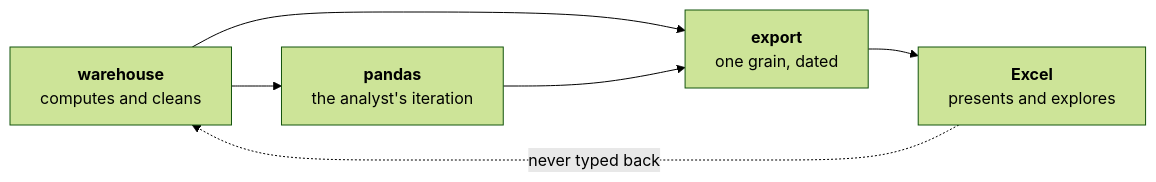
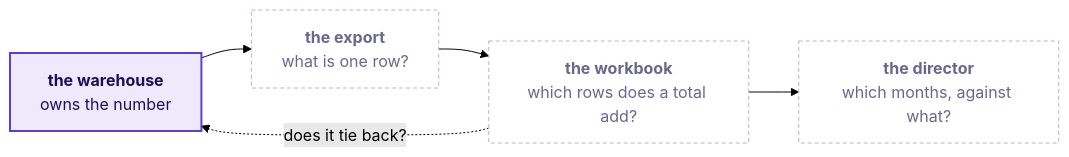
Before and after one commit to fde-academy-lab/c2-content-factory: the first of 26 diagrams in content/W02/D5/slides/C2_W02_D05_half1_STUDENT.md, drawn with Mermaid (forest theme). The commit also changed other lines of this file and 5 other files, not shown here.

````diff
--- a/content/W02/D5/slides/C2_W02_D05_half1_STUDENT.md
+++ b/content/W02/D5/slides/C2_W02_D05_half1_STUDENT.md
@@ -88,9 +65,11 @@
 ```mermaid
 flowchart LR
-    W["<b>warehouse</b><br/>computes and cleans"] --> P["<b>pandas</b><br/>the analyst's iteration"]
-    W --> X["<b>export</b><br/>one grain, dated"]
-    P --> X
-    X --> E["<b>Excel</b><br/>presents and explores"]
-    E -.->|"never typed back"| W
-    classDef bad fill:#FCEBF0,stroke:#D63A6A,color:#1A0F5C
+    W["<b>the warehouse</b><br/>owns the number"] --> E["<b>the export</b><br/>what is one row?"]
+    E --> X["<b>the workbook</b><br/>which rows does a total add?"]
+    X --> D["<b>the director</b><br/>which months, against what?"]
+    X -.->|"does it tie back?"| W
+    classDef unknown fill:#FFFFFF,stroke:#B8B2D6,color:#6B6690,stroke-dasharray:4 3
+    classDef known fill:#EEEAFB,stroke:#5B3FD6,color:#1A0F5C,stroke-width:2px
+    class E,X,D unknown
+    class W known
 ```
````
